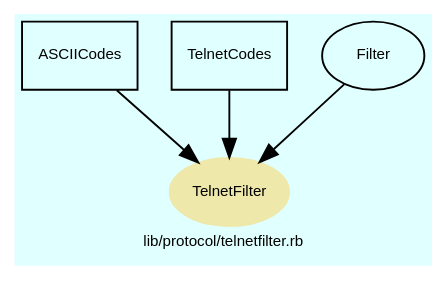
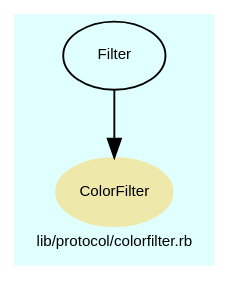
The diagram in doc/dot/f_26.dot (Tyche/teensymud), drawn with Graphviz before and after one commit. The commit also changed 180 other files, not shown here.

```diff
--- a/doc/dot/f_26.dot
+++ b/doc/dot/f_26.dot
@@ -1,51 +1,31 @@
 digraph TopLevel {
     compound = true
     bgcolor = lightcyan1
     fontname = Arial
     fontsize = 8
-    label = "lib/protocol/telnetfilter.rb"
+    label = "lib/protocol/colorfilter.rb"
     node [
         fontname = Arial,
         fontsize = 8,
         color = black
     ]
 
-    TelnetFilter [
+    ColorFilter [
         fontcolor = black,
-        URL = "classes/TelnetFilter.html",
+        URL = "classes/ColorFilter.html",
         shape = ellipse,
         color = palegoldenrod,
         style = filled,
-        label = "TelnetFilter"
-    ]
-
-    ASCIICodes [
-        URL = "classes/ASCIICodes.html",
-        shape = box,
-        label = "ASCIICodes"
-    ]
-
-    ASCIICodes -> TelnetFilter [
-
-    ]
-
-    TelnetCodes [
-        URL = "classes/TelnetCodes.html",
-        shape = box,
-        label = "TelnetCodes"
-    ]
-
-    TelnetCodes -> TelnetFilter [
-
+        label = "ColorFilter"
     ]
 
     Filter [
         URL = "classes/Filter.html",
         label = "Filter"
     ]
 
-    Filter -> TelnetFilter [
+    Filter -> ColorFilter [
 
     ]
 
 }
```
